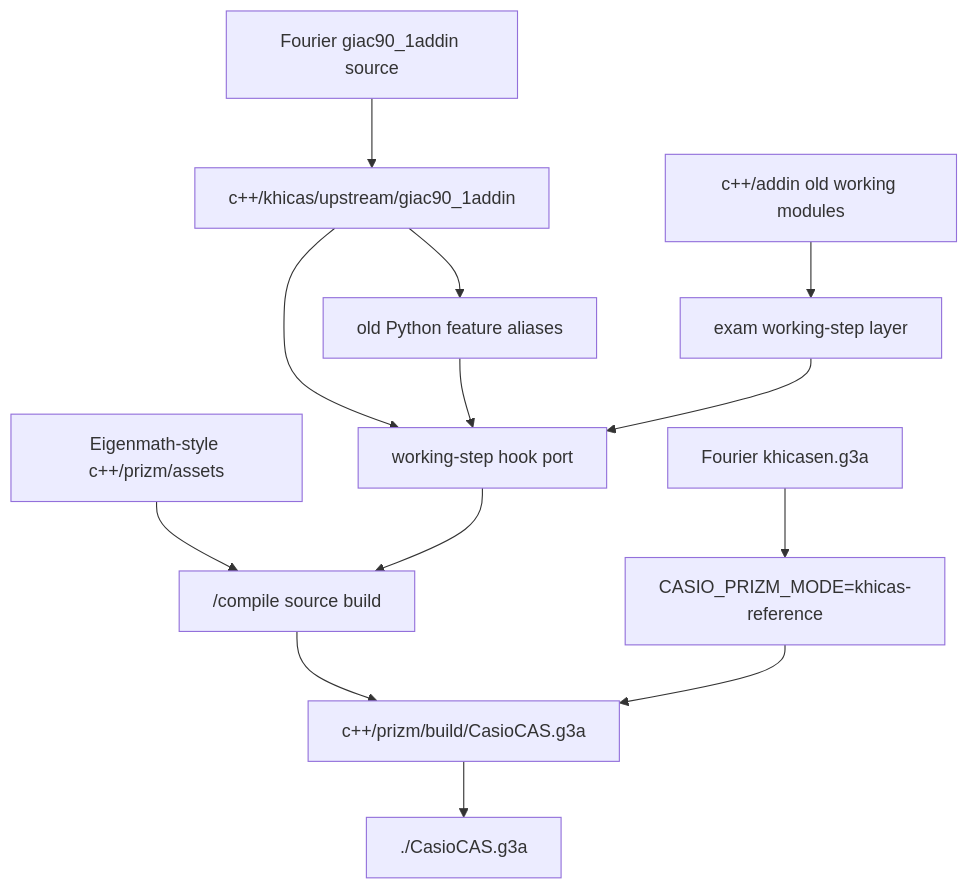
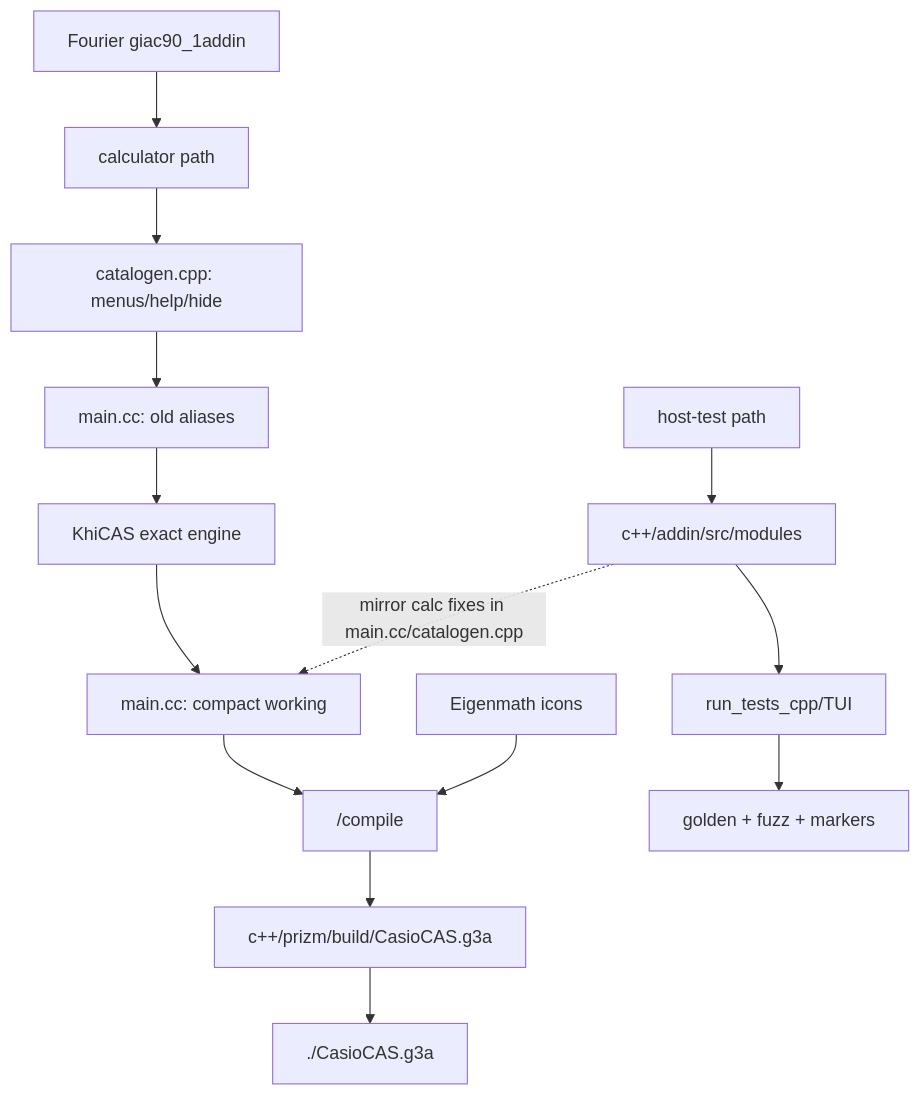
One commit to james8464/notes-addin-casio-fx-cg50 changed the first of 7 diagrams in c++/GRAPH.md. Above: the diagram before and after it, drawn with Mermaid. The commit also changed 6 other files, not shown here.

````diff
--- a/c++/GRAPH.md
+++ b/c++/GRAPH.md
@@ -3,15 +3,17 @@
 ```mermaid
 graph TD
-  Up["Fourier giac90_1addin source"] --> Exact["c++/khicas/upstream/giac90_1addin"]
-  Ref["Fourier khicasen.g3a"] --> RefMode["CASIO_PRIZM_MODE=khicas-reference"]
-  Icons["Eigenmath-style c++/prizm/assets"] --> Build
-  Exact --> Port["working-step hook port"]
-  Exact --> Alias["old Python feature aliases"]
-  Alias --> Port
-  Active["c++/addin old working modules"] --> WorkSteps["exam working-step layer"]
-  WorkSteps --> Port
-  Port --> Build["/compile source build"]
+  Src["Fourier giac90_1addin"] --> Calc["calculator path"]
+  Calc --> Cat["catalogen.cpp: menus/help/hide"]
+  Cat --> Alias["main.cc: old aliases"]
+  Alias --> Giac["KhiCAS exact engine"]
+  Giac --> Work["main.cc: compact working"]
+  Work --> Build["/compile"]
   Build --> G3A["c++/prizm/build/CasioCAS.g3a"]
   G3A --> Root["./CasioCAS.g3a"]
-  RefMode --> G3A
+  Icons["Eigenmath icons"] --> Build
+
+  Host["host-test path"] --> Mods["c++/addin/src/modules"]
+  Mods --> TUI["run_tests_cpp/TUI"]
+  TUI --> Gates["golden + fuzz + markers"]
+  Mods -. "mirror calc fixes in main.cc/catalogen.cpp" .-> Work
 ```
````
